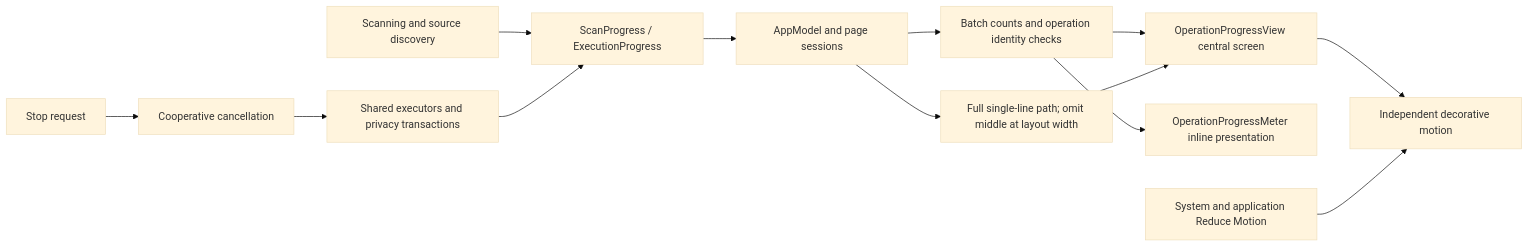
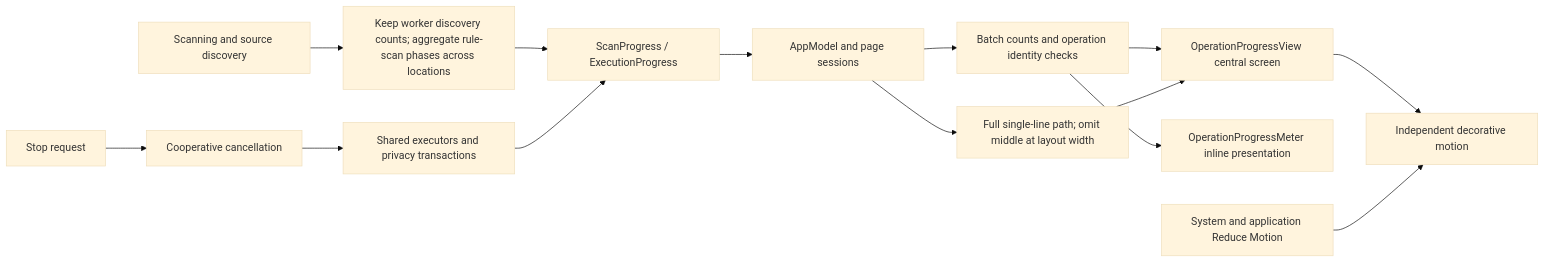
The first of 4 diagrams in docs/product/operation-progress.md (limecloud/shou), drawn with Mermaid (base theme) before and after one commit. The commit also changed other lines of this file and 50 other files, not shown here.

Commit message:
Release v0.8.0 with compact desktop layouts and cumulative scan progress

````diff
--- a/docs/product/operation-progress.md
+++ b/docs/product/operation-progress.md
@@ -28,15 +31,16 @@
 ```mermaid
 flowchart LR
-  Scan[Scanning and source discovery] --> Events[ScanProgress / ExecutionProgress]
+  Scan[Scanning and source discovery] --> Normalize[Keep worker discovery counts; aggregate rule-scan phases across locations]
+  Normalize --> Events[ScanProgress / ExecutionProgress]
   Execute[Shared executors and privacy transactions] --> Events
   Events --> Sessions[AppModel and page sessions]
   Sessions --> Aggregate[Batch counts and operation identity checks]
   Aggregate --> Full[OperationProgressView central screen]
   Aggregate --> Inline[OperationProgressMeter inline presentation]
   Sessions --> Path[Full single-line path; omit middle at layout width]
   Path --> Full
   Full --> Artwork[Independent decorative motion]
   Preferences[System and application Reduce Motion] --> Artwork
   User[Stop request] --> Cancel[Cooperative cancellation]
   Cancel --> Execute
 ```
````
